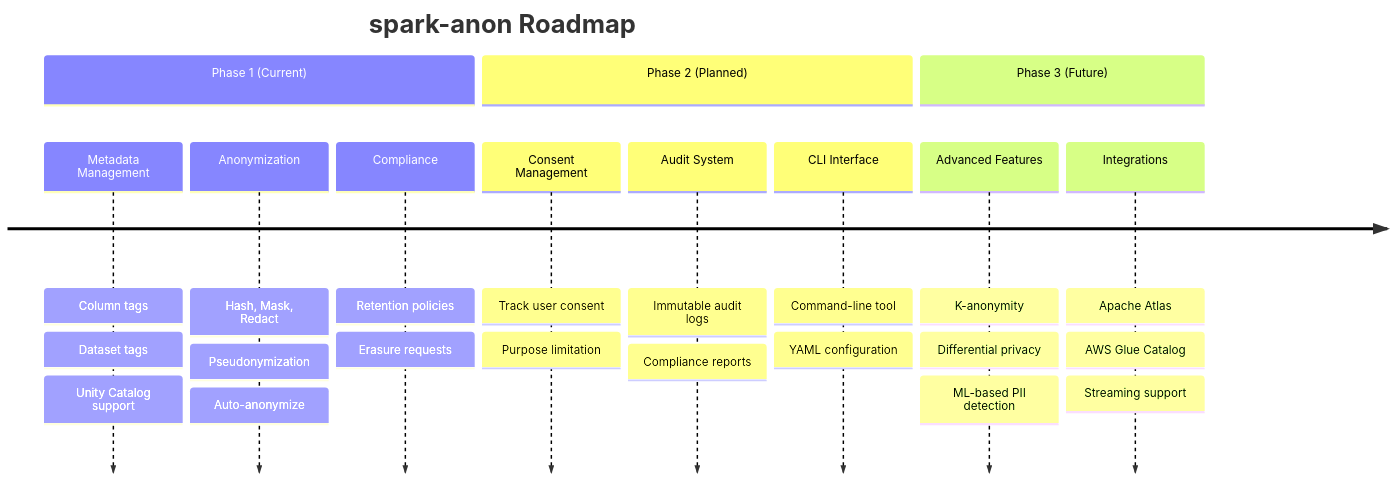
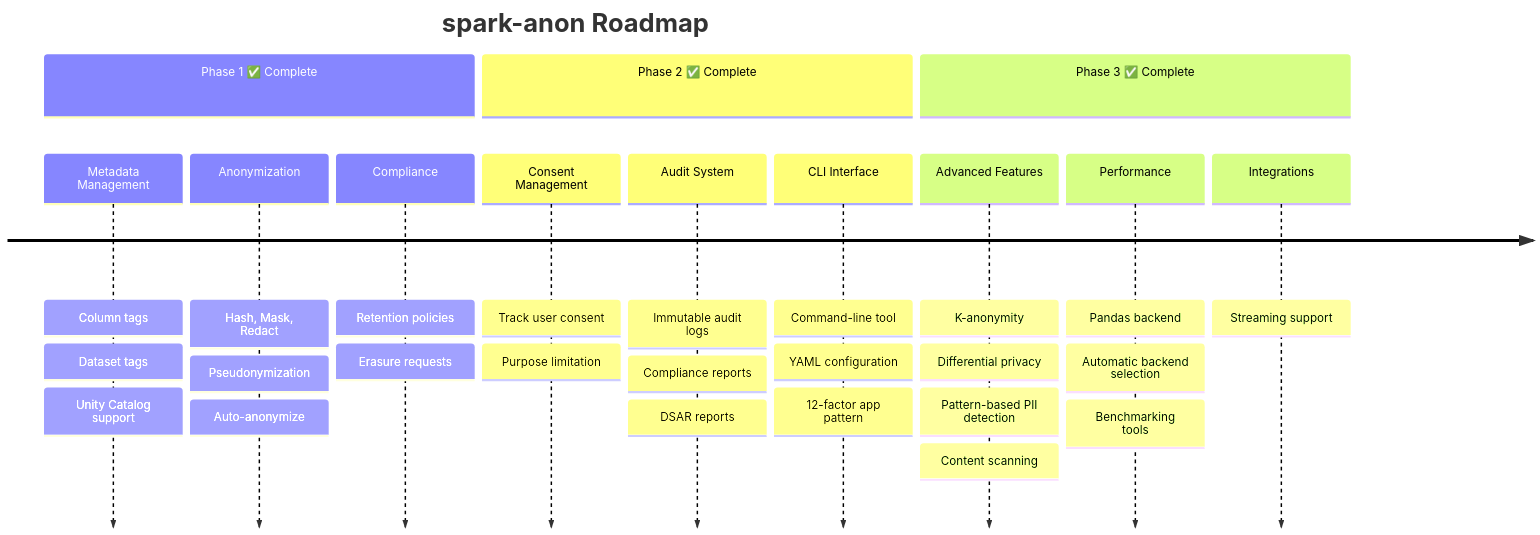
Before and after one commit to gustcol/spark-anon: diagram 17 of 17 in README.md, drawn with Mermaid. The commit also changed other lines of this file and 3 other files, not shown here.

````diff
--- a/README.md
+++ b/README.md
@@ -1076,30 +1871,34 @@
 ```mermaid
 timeline
     title spark-anon Roadmap
 
-    section Phase 1 (Current)
+    section Phase 1 ✅ Complete
         Metadata Management : Column tags
                            : Dataset tags
                            : Unity Catalog support
         Anonymization : Hash, Mask, Redact
                      : Pseudonymization
                      : Auto-anonymize
         Compliance : Retention policies
                   : Erasure requests
 
-    section Phase 2 (Planned)
+    section Phase 2 ✅ Complete
         Consent Management : Track user consent
                           : Purpose limitation
         Audit System : Immutable audit logs
                     : Compliance reports
+                    : DSAR reports
         CLI Interface : Command-line tool
                      : YAML configuration
+                     : 12-factor app pattern
 
-    section Phase 3 (Future)
+    section Phase 3 ✅ Complete
         Advanced Features : K-anonymity
                         : Differential privacy
-                        : ML-based PII detection
-        Integrations : Apache Atlas
-                    : AWS Glue Catalog
-                    : Streaming support
+                        : Pattern-based PII detection
+                        : Content scanning
+        Performance : Pandas backend
+                   : Automatic backend selection
+                   : Benchmarking tools
+        Integrations : Streaming support
 ```
````
